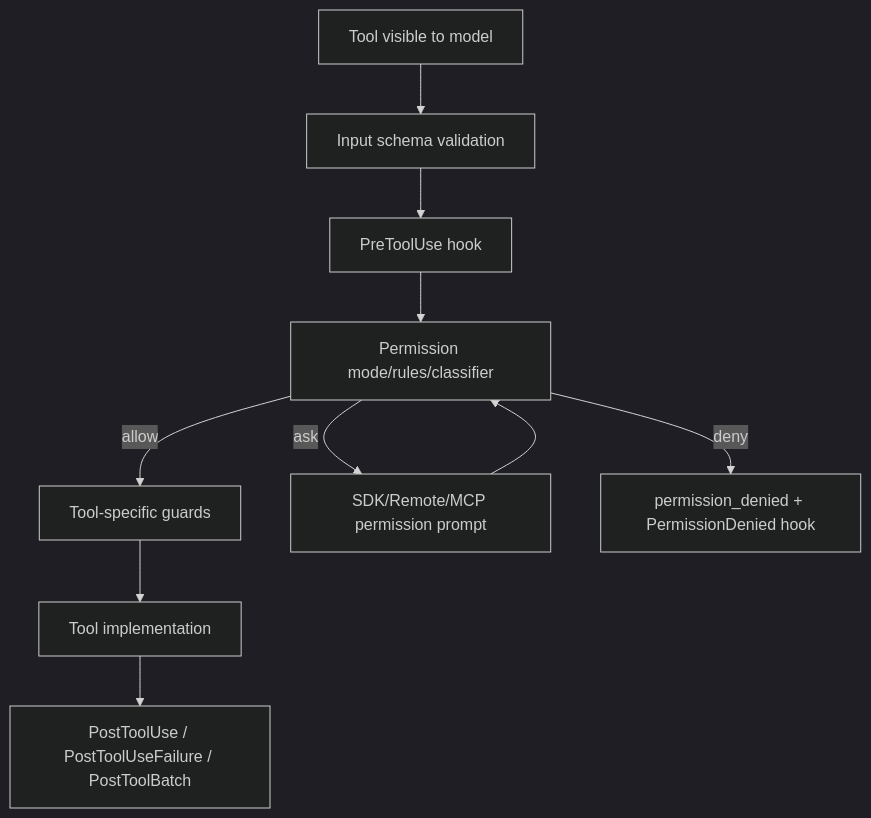
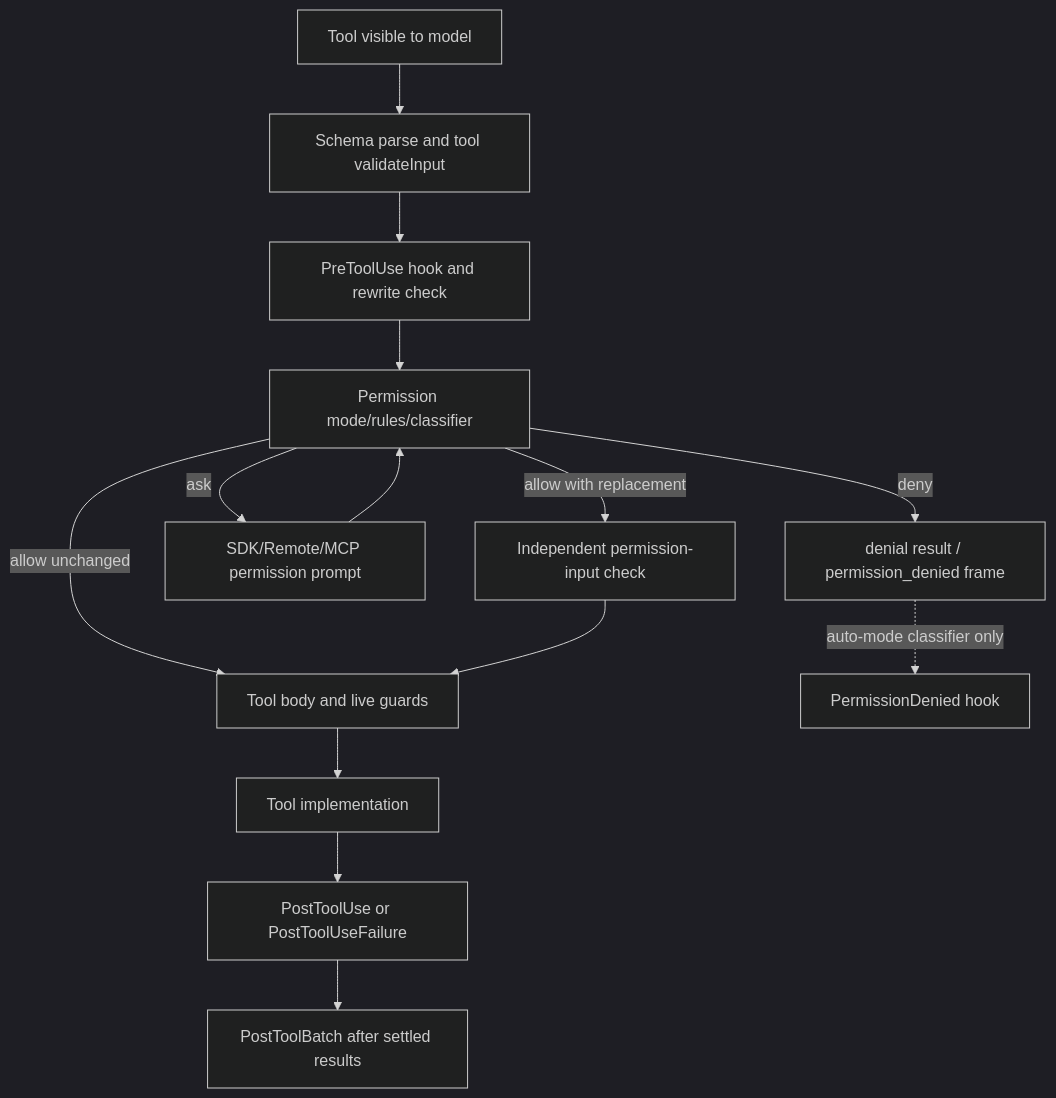
Before and after one commit to vibewatch/claude-code-internals: the fifth of 7 diagrams in docs/03-tools-integrations-security/tool-runtime-events-and-integrations.md, drawn with Mermaid (dark theme). The commit also changed other lines of this file and 46 other files, not shown here.

````diff
--- a/docs/03-tools-integrations-security/tool-runtime-events-and-integrations.md
+++ b/docs/03-tools-integrations-security/tool-runtime-events-and-integrations.md
@@ -282,12 +286,16 @@
 ```mermaid
 flowchart TD
-    Visible[Tool visible to model] --> Schema[Input schema validation]
-    Schema --> PreHook[PreToolUse hook]
+    Visible[Tool visible to model] --> Schema[Schema parse and tool validateInput]
+    Schema --> PreHook[PreToolUse hook and rewrite check]
     PreHook --> Decision[Permission mode/rules/classifier]
-    Decision -->|allow| Guards[Tool-specific guards]
+    Decision -->|allow with replacement| FinalInput[Independent permission-input check]
+    Decision -->|allow unchanged| Guards[Tool body and live guards]
+    FinalInput --> Guards
     Decision -->|ask| Host[SDK/Remote/MCP permission prompt]
     Host --> Decision
-    Decision -->|deny| Deny[permission_denied + PermissionDenied hook]
+    Decision -->|deny| Deny[denial result / permission_denied frame]
+    Deny -. auto-mode classifier only .-> PermissionDenied[PermissionDenied hook]
     Guards --> Execute[Tool implementation]
-    Execute --> Post[PostToolUse / PostToolUseFailure / PostToolBatch]
+    Execute --> PerCall[PostToolUse or PostToolUseFailure]
+    PerCall --> Batch[PostToolBatch after settled results]
 ```
````
